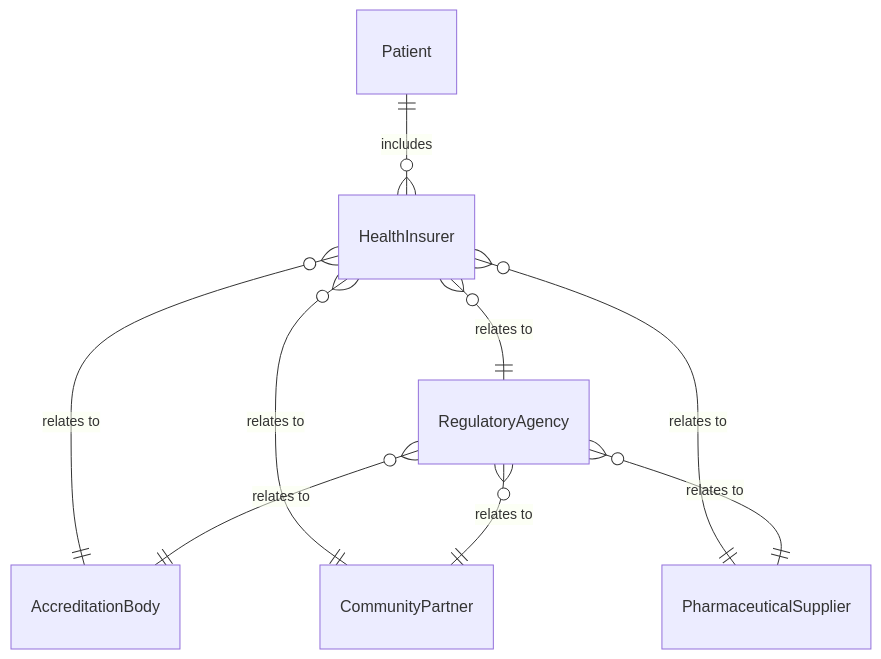
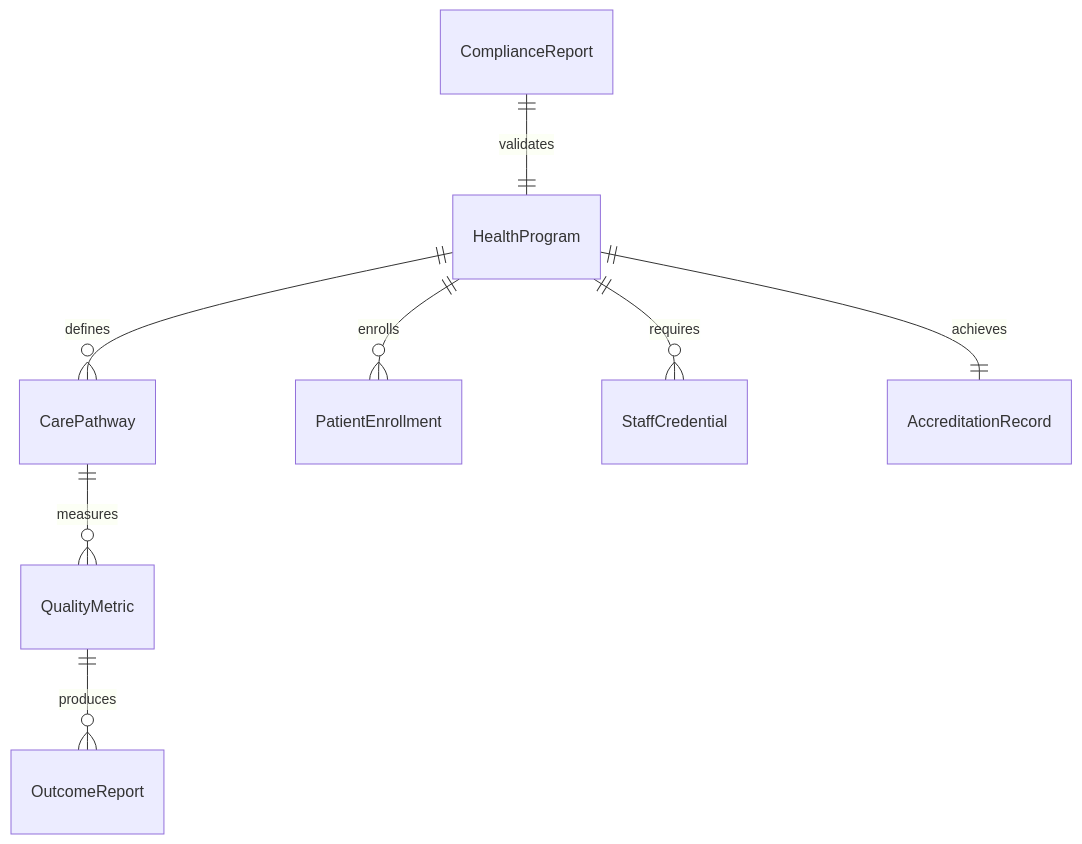
The first of 4 diagrams in GuidingDirectingAndMotivatingSubordinates/DirectOrganizationalOperationsActivitiesOrProcedures/DirectHealthcareDeliveryPrograms.mdx (dot-org-ai/tasks.org.ai), drawn with Mermaid before and after one commit. The commit also changed other lines of this file and 515 other files, not shown here.

````diff
--- a/GuidingDirectingAndMotivatingSubordinates/DirectOrganizationalOperationsActivitiesOrProcedures/DirectHealthcareDeliveryPrograms.mdx
+++ b/GuidingDirectingAndMotivatingSubordinates/DirectOrganizationalOperationsActivitiesOrProcedures/DirectHealthcareDeliveryPrograms.mdx
@@ -92,11 +92,10 @@
 ```mermaid
 erDiagram
-    Patient ||--o{ HealthInsurer : includes
-    HealthInsurer }o--|| RegulatoryAgency : "relates to"
-    HealthInsurer }o--|| AccreditationBody : "relates to"
-    HealthInsurer }o--|| CommunityPartner : "relates to"
-    HealthInsurer }o--|| PharmaceuticalSupplier : "relates to"
-    RegulatoryAgency }o--|| AccreditationBody : "relates to"
-    RegulatoryAgency }o--|| CommunityPartner : "relates to"
-    RegulatoryAgency }o--|| PharmaceuticalSupplier : "relates to"
+    HealthProgram ||--o{ CarePathway : "defines"
+    HealthProgram ||--o{ PatientEnrollment : "enrolls"
+    CarePathway ||--o{ QualityMetric : "measures"
+    HealthProgram ||--o{ StaffCredential : "requires"
+    HealthProgram ||--|| AccreditationRecord : "achieves"
+    QualityMetric ||--o{ OutcomeReport : "produces"
+    ComplianceReport ||--|| HealthProgram : "validates"
 ```
````
